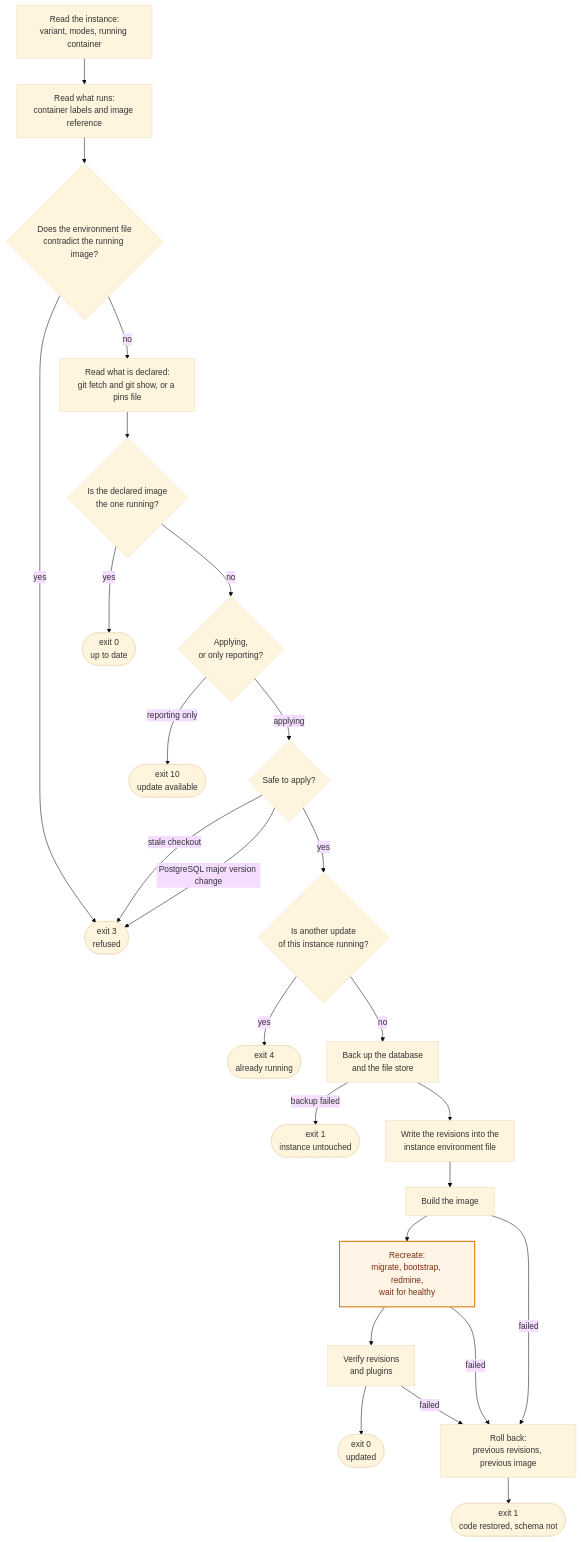
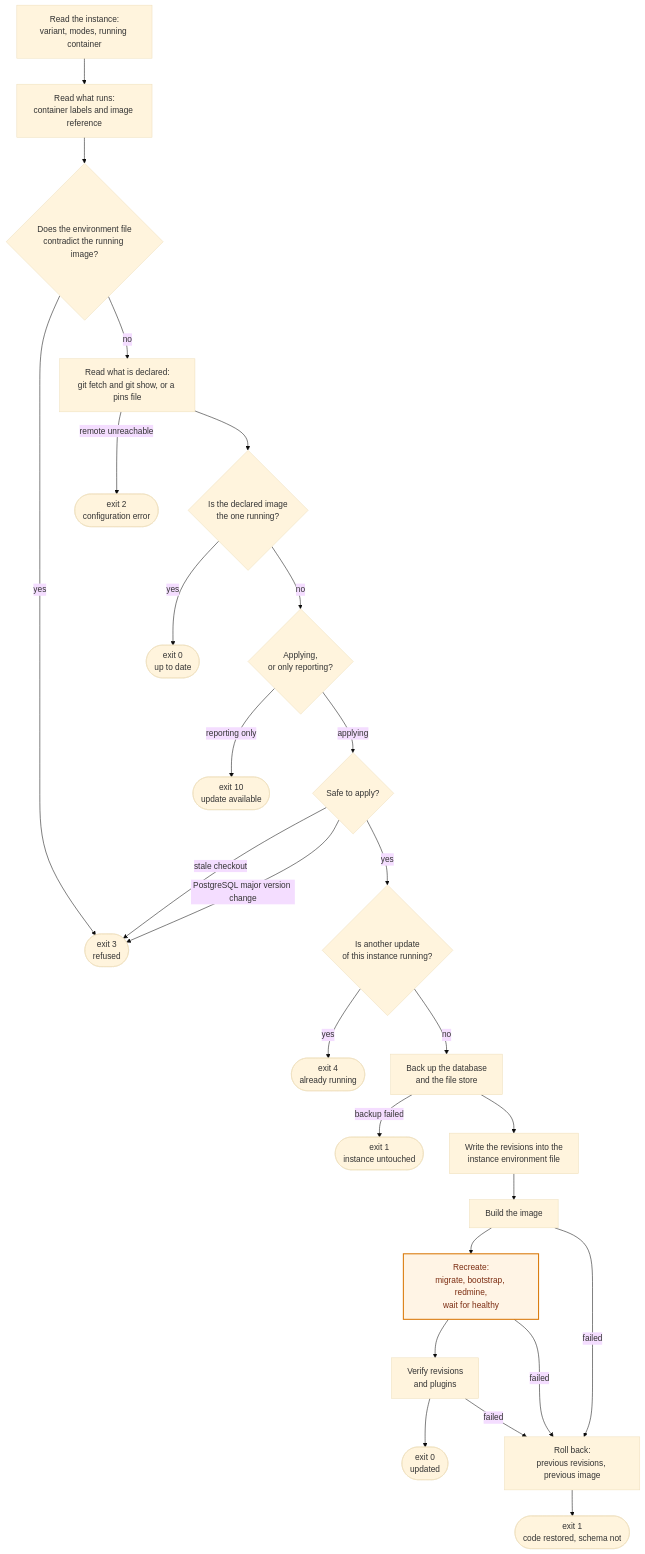
One commit to cosmoBots/cosmoSys_deploy changed the first of 2 diagrams in docs/instance-updates.md. Above: the diagram before and after it, drawn with Mermaid (base theme). The commit also changed other lines of this file and 4 other files, not shown here.

````diff
--- a/docs/instance-updates.md
+++ b/docs/instance-updates.md
@@ -13,30 +13,31 @@
 ```mermaid
 flowchart TD
     A["Read the instance:<br>variant, modes, running container"] --> B["Read what runs:<br>container labels and image reference"]
     B --> B2{"Does the environment file<br>contradict the running image?"}
     B2 -->|yes| REFUSED(["exit 3<br>refused"])
     B2 -->|no| C["Read what is declared:<br>git fetch and git show, or a pins file"]
+    C -->|"remote unreachable"| CONFIG(["exit 2<br>configuration error"])
     C --> D{"Is the declared image<br>the one running?"}
     D -->|yes| UPTODATE(["exit 0<br>up to date"])
     D -->|no| E{"Applying,<br>or only reporting?"}
     E -->|reporting only| AVAILABLE(["exit 10<br>update available"])
     E -->|applying| F{"Safe to apply?"}
     F -->|stale checkout| REFUSED
     F -->|PostgreSQL major version change| REFUSED
     F -->|yes| G{"Is another update<br>of this instance running?"}
     G -->|yes| LOCKED(["exit 4<br>already running"])
     G -->|no| H["Back up the database<br>and the file store"]
     H -->|backup failed| UNTOUCHED(["exit 1<br>instance untouched"])
     H --> I["Write the revisions into the<br>instance environment file"]
     I --> J["Build the image"]
     J --> K["Recreate:<br>migrate, bootstrap, redmine,<br>wait for healthy"]
     K --> L["Verify revisions<br>and plugins"]
     L --> DONE(["exit 0<br>updated"])
     J -->|failed| R["Roll back:<br>previous revisions, previous image"]
     K -->|failed| R
     L -->|failed| R
     R --> FAILED(["exit 1<br>code restored, schema not"])
 
     classDef irreversible fill:#fff4e5,stroke:#d97706,stroke-width:2px,color:#7c2d12
     class K irreversible
 ```
````
